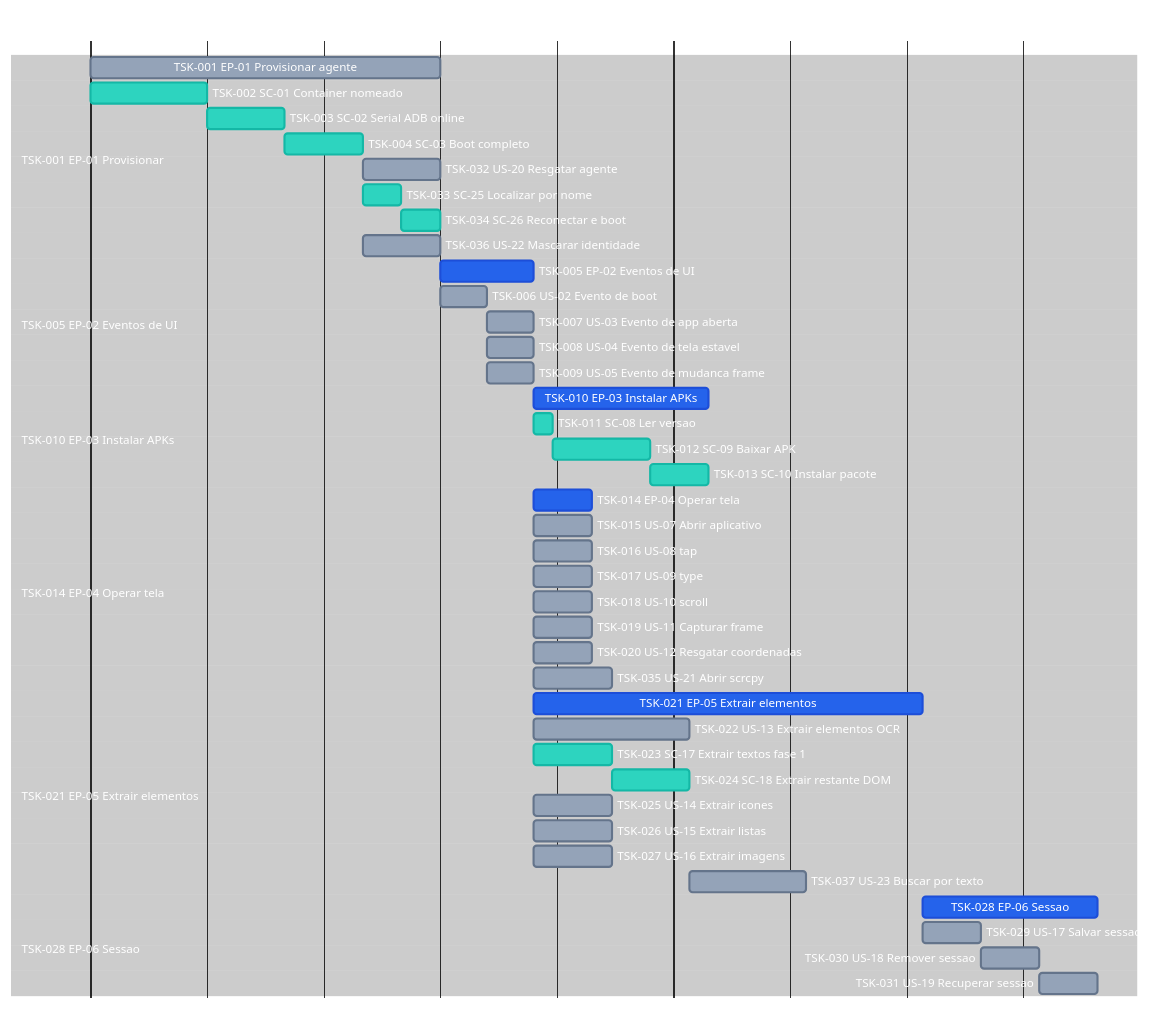
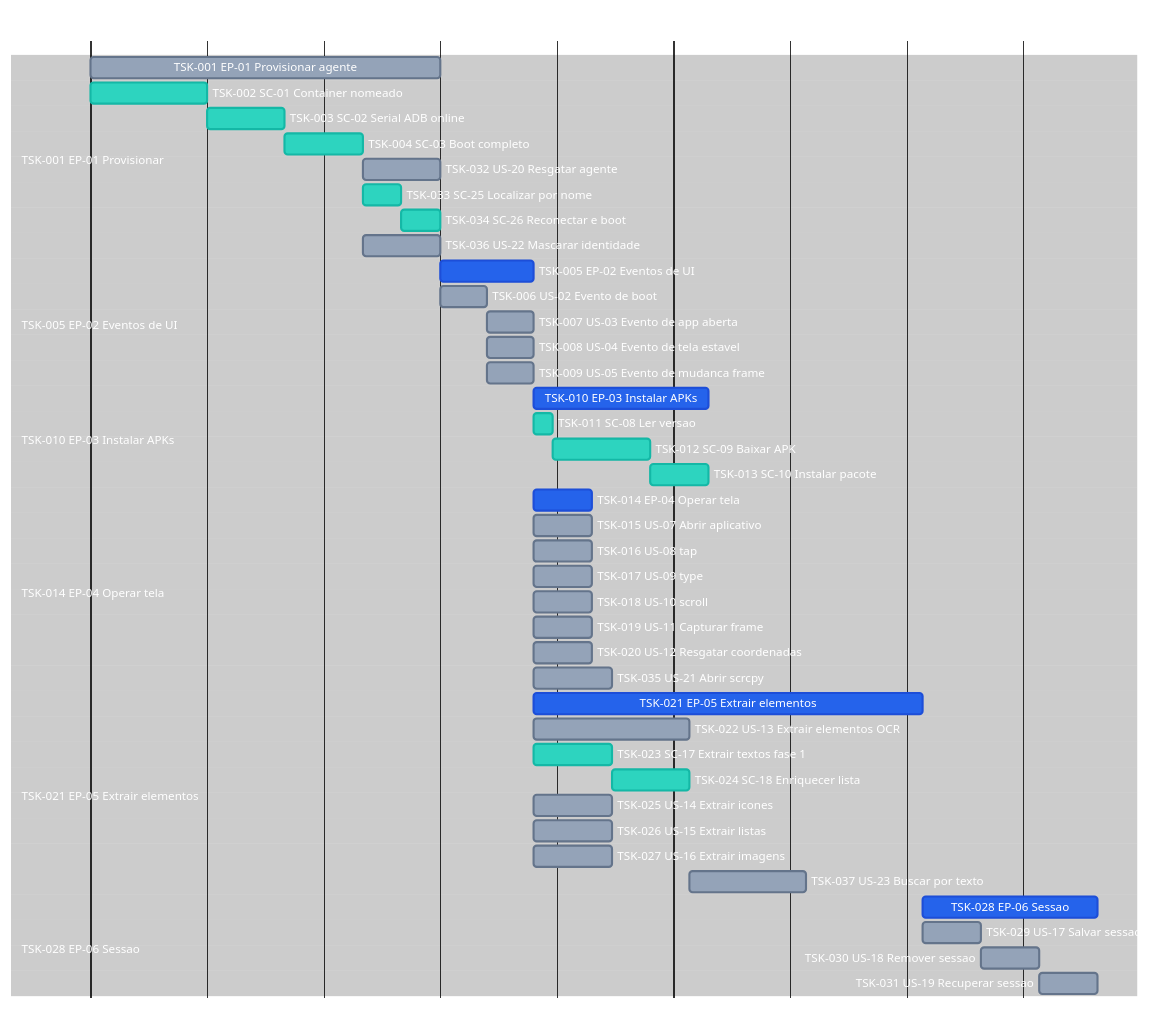
The diagram in screen-robot/7.tasks.md (laerciogermano/workstation), drawn with Mermaid before and after one commit. The commit also changed 15 other files, not shown here.

Commit message:
Migra extract() de árvore DOM para lista plana de elementos (sem children).

```diff
--- a/screen-robot/7.tasks.md
+++ b/screen-robot/7.tasks.md
@@ -89,7 +89,7 @@
   TSK-021 EP-05 Extrair elementos       :done, tsk21, after tsk09, 100m
   TSK-022 US-13 Extrair elementos OCR   :tsk22, after tsk09, 40m
   TSK-023 SC-17 Extrair textos fase 1   :active, tsk23, after tsk09, 20m
-  TSK-024 SC-18 Extrair restante DOM    :active, tsk24, after tsk23, 20m
+  TSK-024 SC-18 Enriquecer lista        :active, tsk24, after tsk23, 20m
   TSK-025 US-14 Extrair icones          :tsk25, after tsk09, 20m
   TSK-026 US-15 Extrair listas          :tsk26, after tsk09, 20m
   TSK-027 US-16 Extrair imagens         :tsk27, after tsk09, 20m
```
